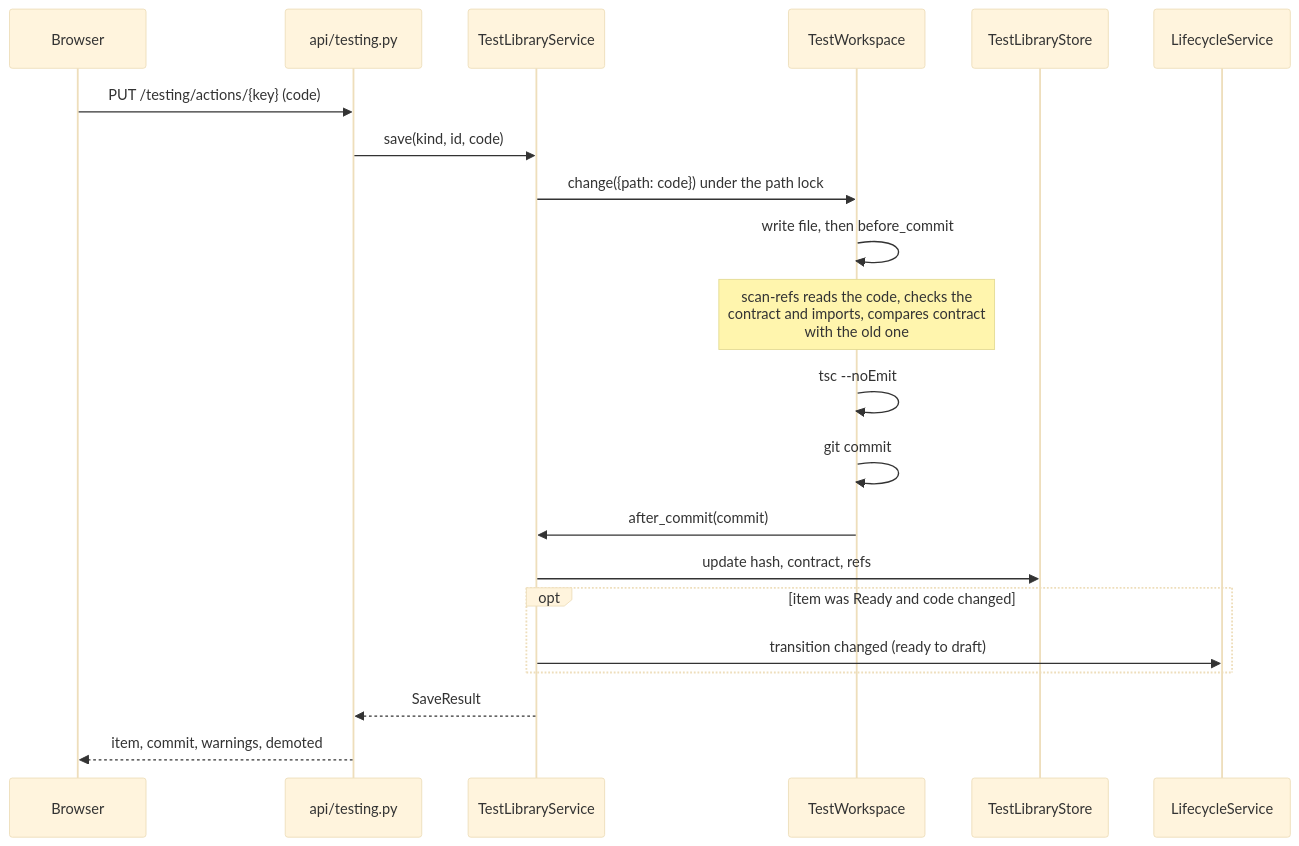
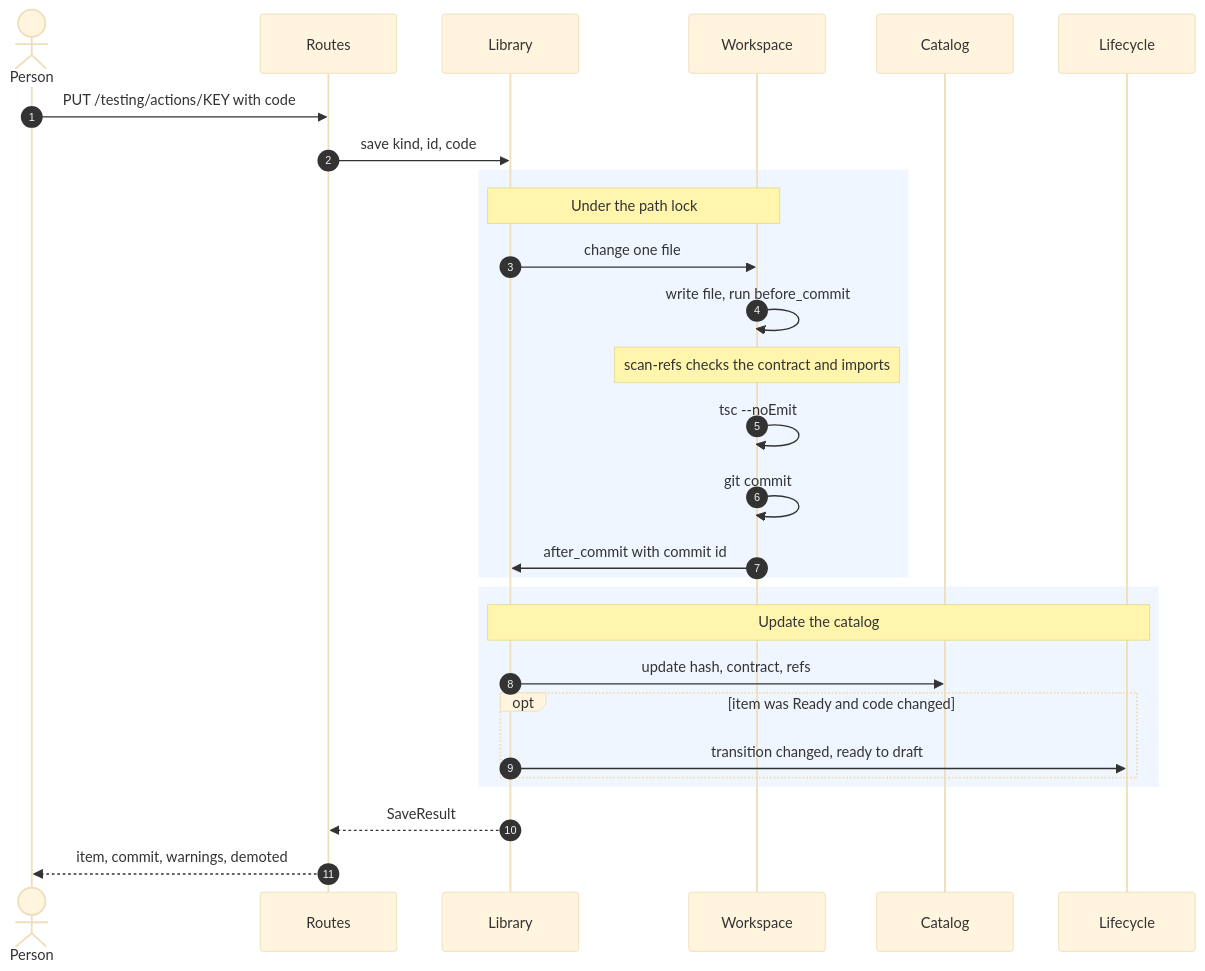
One commit to ram-020998/project-tracker changed the fourth of 7 diagrams in genesis/architecture/modules/testing.md. Above: the diagram before and after it, drawn with Mermaid (base theme). The commit also changed other lines of this file and 24 other files, not shown here.

First line of the commit message:
architecture: rewrite all 86 Mermaid diagrams to one C4 style, each render-checked

````diff
--- a/genesis/architecture/modules/testing.md
+++ b/genesis/architecture/modules/testing.md
@@ -267,23 +301,30 @@
 ```mermaid
 sequenceDiagram
-    participant UI as Browser
-    participant API as api/testing.py
-    participant Lib as TestLibraryService
-    participant WS as TestWorkspace
-    participant Cat as TestLibraryStore
-    participant LC as LifecycleService
-    UI->>API: PUT /testing/actions/{key} (code)
-    API->>Lib: save(kind, id, code)
-    Lib->>WS: change({path: code}) under the path lock
-    WS->>WS: write file, then before_commit
-    Note over WS: scan-refs reads the code, checks the<br/>contract and imports, compares contract<br/>with the old one
+    autonumber
+    actor U as Person
+    participant API as Routes
+    participant Lib as Library
+    participant WS as Workspace
+    participant Cat as Catalog
+    participant LC as Lifecycle
+    U->>API: PUT /testing/actions/KEY with code
+    API->>Lib: save kind, id, code
+    rect rgb(240, 246, 255)
+    Note over Lib,WS: Under the path lock
+    Lib->>WS: change one file
+    WS->>WS: write file, run before_commit
+    Note over WS: scan-refs checks the contract and imports
     WS->>WS: tsc --noEmit
     WS->>WS: git commit
-    WS->>Lib: after_commit(commit)
+    WS->>Lib: after_commit with commit id
+    end
+    rect rgb(240, 246, 255)
+    Note over Lib,LC: Update the catalog
     Lib->>Cat: update hash, contract, refs
     opt item was Ready and code changed
-        Lib->>LC: transition changed (ready to draft)
+        Lib->>LC: transition changed, ready to draft
+    end
     end
     Lib-->>API: SaveResult
-    API-->>UI: item, commit, warnings, demoted
+    API-->>U: item, commit, warnings, demoted
 ```
````
